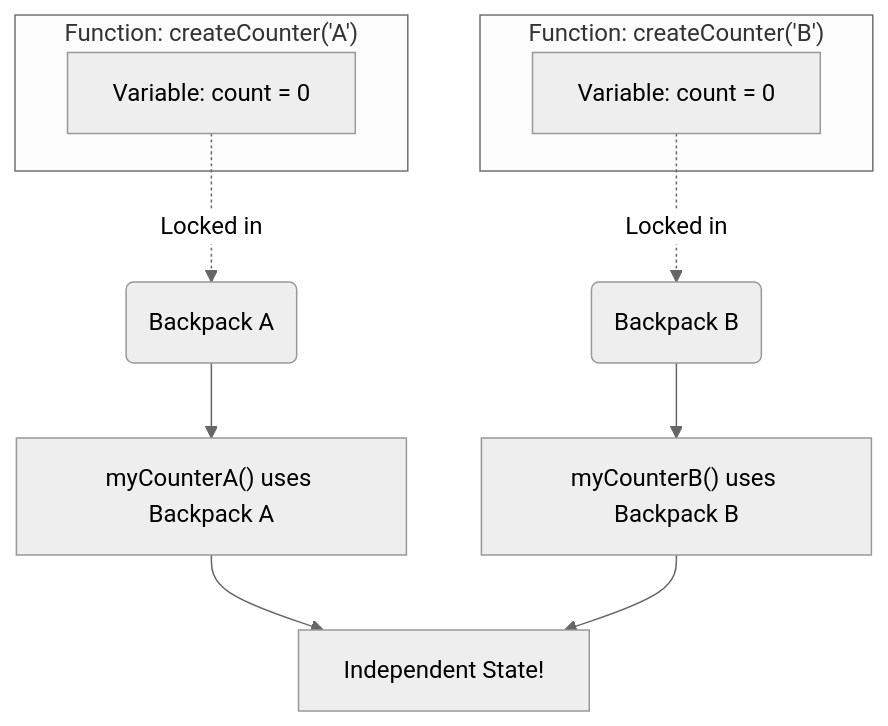
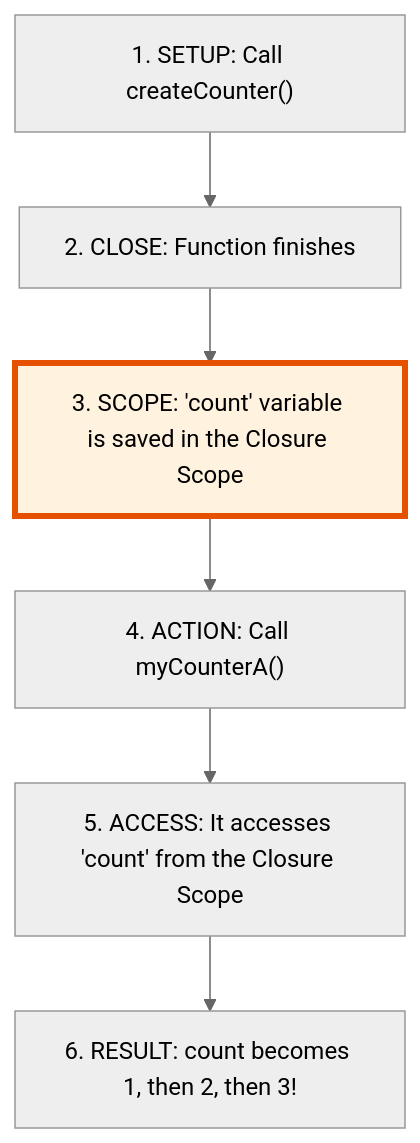
Before and after one commit to moideen-mashad/JavaScript-Closures: the diagram in README.md, drawn with Mermaid (neutral theme). The commit also changed other lines of this file and 1 other file, not shown here.

Commit message:
Updated Closure

````diff
--- a/README.md
+++ b/README.md
@@ -44,19 +44,10 @@
 ```mermaid
 graph TD
-    subgraph "Function: createCounter('A')"
-        A["Variable: count = 0"]
-    end
+    A["1. SETUP: Call createCounter()"] --> B["2. CLOSE: Function finishes"]
+    B --> C["3. SCOPE: 'count' variable is saved in the Closure Scope"]
+    C --> D["4. ACTION: Call myCounterA()"]
+    D --> E["5. ACCESS: It accesses 'count' from the Closure Scope"]
+    E --> F["6. RESULT: count becomes 1, then 2, then 3!"]
 
-    subgraph "Function: createCounter('B')"
-        B["Variable: count = 0"]
-    end
-
-    A -.->|"Locked in"| C("Backpack A")
-    B -.->|"Locked in"| D("Backpack B")
-
-    C --> E["myCounterA() uses Backpack A"]
-    D --> F["myCounterB() uses Backpack B"]
-
-    E --> G["Independent State!"]
-    F --> G
+    style C fill:#fff3e0,stroke:#e65100,stroke-width:4px
 ```
````
